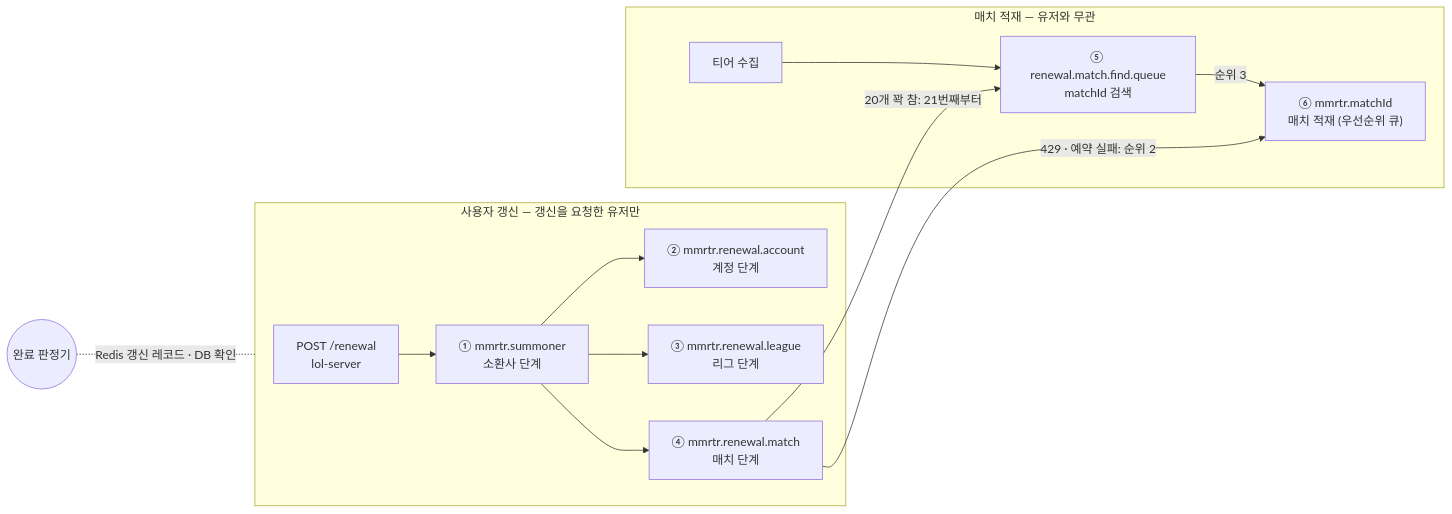
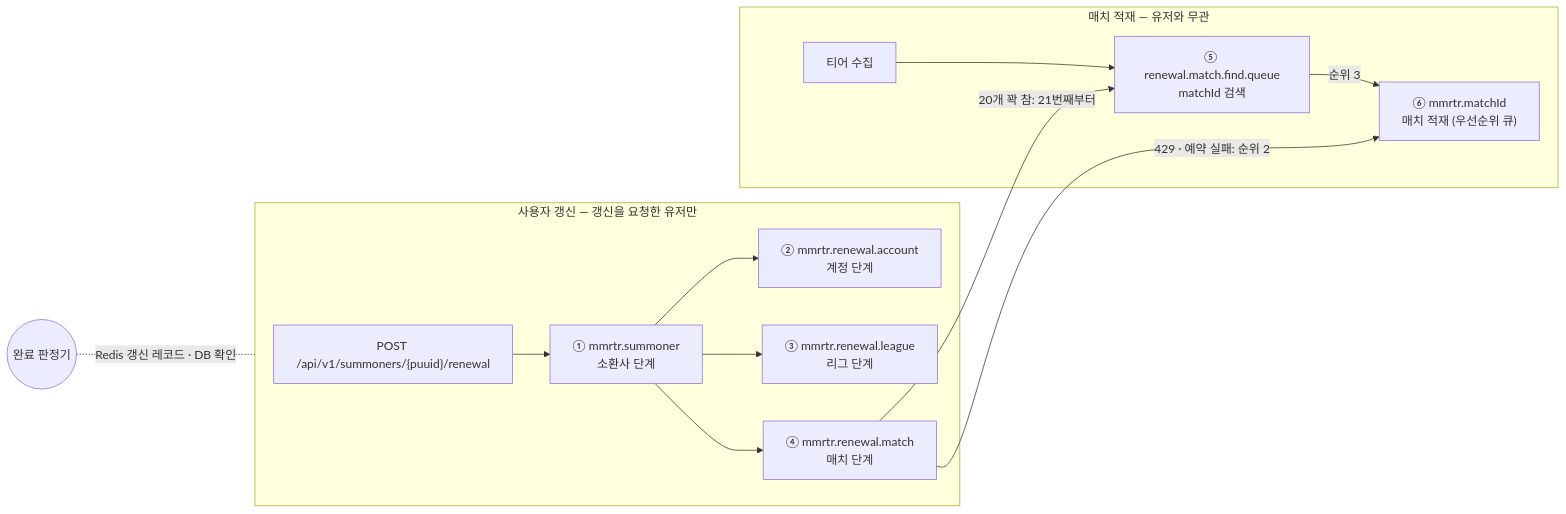
The diagram in docs/superpowers/specs/2026-11-03-renewal-completion-design.md (padosol/lol-repository), drawn with Mermaid before and after one commit. The commit also changed other lines of this file, not shown here.

Commit message:
docs: lol-server 가 갱신 기능을 지운 최신 상태에 맞춰 옛 표시 키 호환을 걷어 낸다

````diff
--- a/docs/superpowers/specs/2026-11-03-renewal-completion-design.md
+++ b/docs/superpowers/specs/2026-11-03-renewal-completion-design.md
@@ -88,16 +93,16 @@
 ```mermaid
 flowchart LR
     subgraph USER["사용자 갱신 — 갱신을 요청한 유저만"]
-        P["POST /renewal<br/>lol-server"] --> Q1["① mmrtr.summoner<br/>소환사 단계"]
+        P["POST /api/v1/summoners/{puuid}/renewal"] --> Q1["① mmrtr.summoner<br/>소환사 단계"]
         Q1 --> Q2["② mmrtr.renewal.account<br/>계정 단계"]
         Q1 --> Q3["③ mmrtr.renewal.league<br/>리그 단계"]
         Q1 --> Q4["④ mmrtr.renewal.match<br/>매치 단계"]
     end
     subgraph BG["매치 적재 — 유저와 무관"]
         T["티어 수집"] --> Q5["⑤ renewal.match.find.queue<br/>matchId 검색"]
         Q5 -- "순위 3" --> Q6["⑥ mmrtr.matchId<br/>매치 적재 (우선순위 큐)"]
     end
     Q4 -- "20개 꽉 참: 21번째부터" --> Q5
     Q4 -- "429 · 예약 실패: 순위 2" --> Q6
     J(("완료 판정기")) -. "Redis 갱신 레코드 · DB 확인" .- USER
 ```
````
